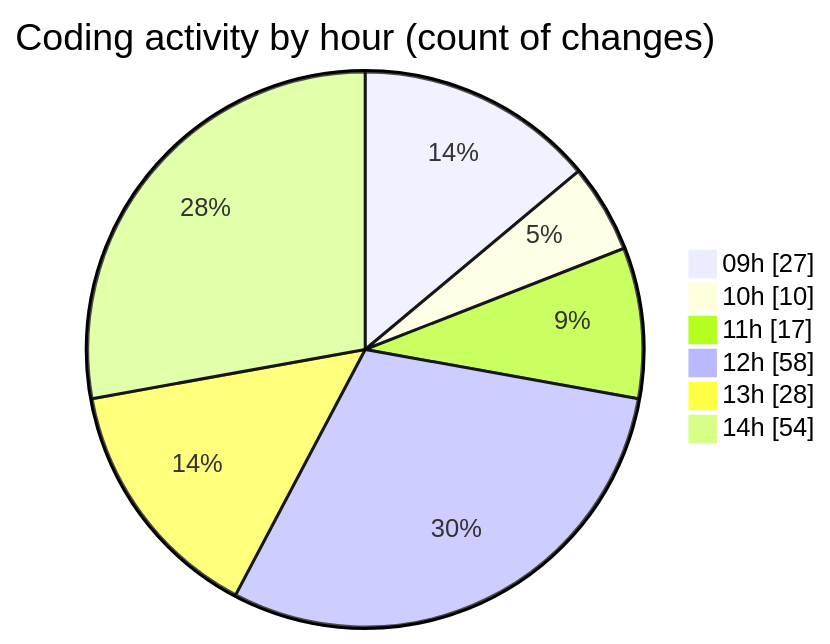
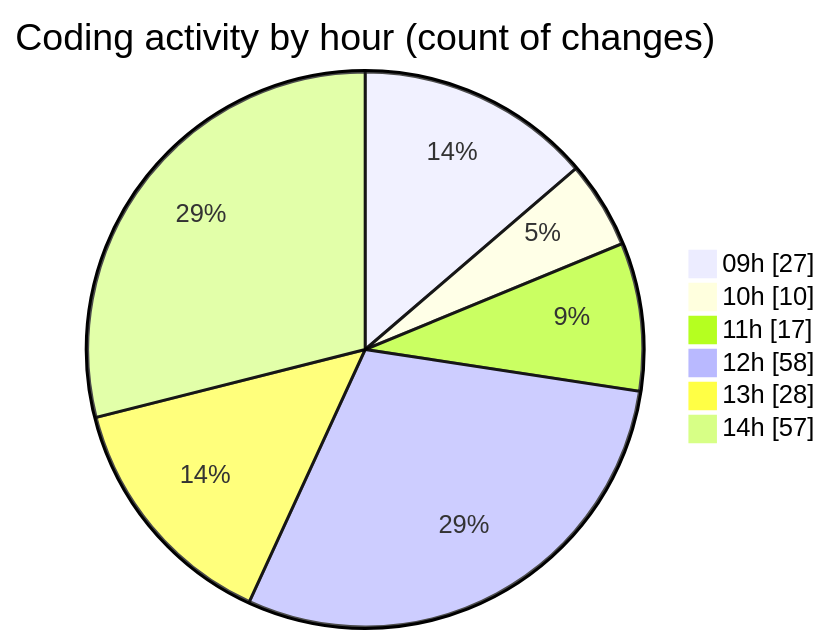
The second of 2 diagrams in 2026-05-15/cda/README.md (momahboobian/code-tracking), drawn with Mermaid before and after one commit. The commit also changed other lines of this file and 1 other file, not shown here.

````diff
--- a/2026-05-15/cda/README.md
+++ b/2026-05-15/cda/README.md
@@ -79,10 +79,10 @@
 ```mermaid
 pie showData
 title Coding activity by hour (count of changes)
 "09h" : 27
 "10h" : 10
 "11h" : 17
 "12h" : 58
 "13h" : 28
-"14h" : 54
+"14h" : 57
 ```
````
